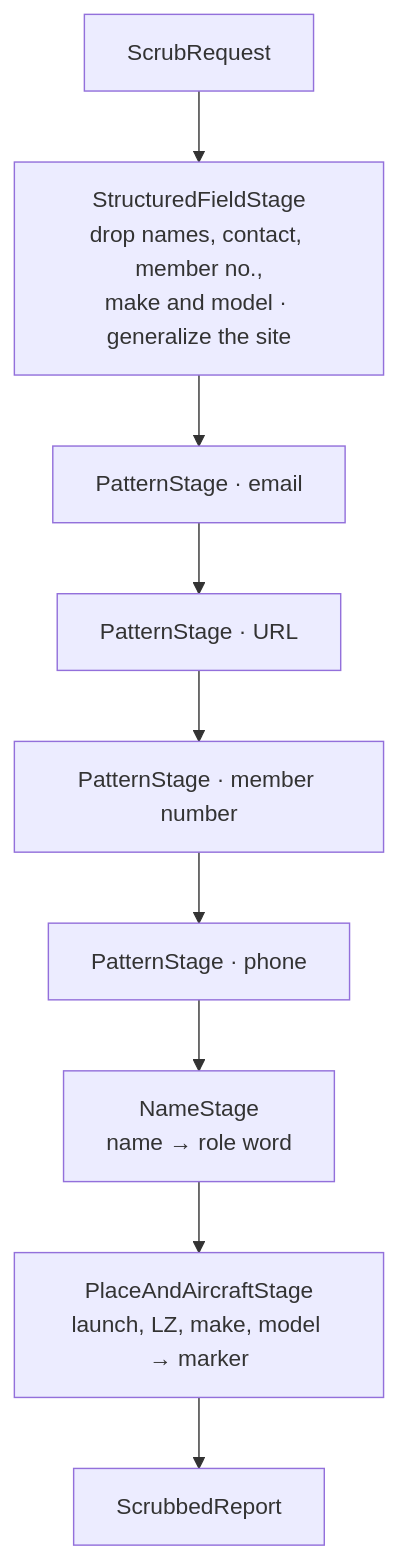
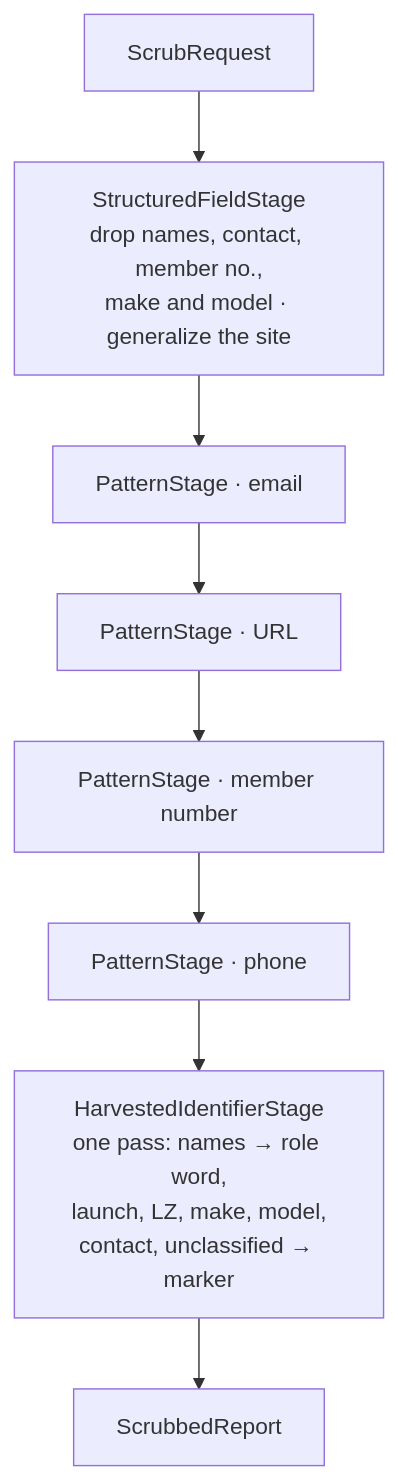
Before and after one commit to HPAC-Safety/safety-report: the diagram in src/HpacSafety.Core/Features/Anonymization/README.md, drawn with Mermaid. The commit also changed other lines of this file and 20 other files, not shown here.

````diff
--- a/src/HpacSafety.Core/Features/Anonymization/README.md
+++ b/src/HpacSafety.Core/Features/Anonymization/README.md
@@ -43,11 +43,10 @@
 ```mermaid
 flowchart TD
     in["ScrubRequest"] --> s1["StructuredFieldStage<br/>drop names, contact, member no.,<br/>make and model · generalize the site"]
     s1 --> s2["PatternStage · email"]
     s2 --> s3["PatternStage · URL"]
     s3 --> s4["PatternStage · member number"]
     s4 --> s5["PatternStage · phone"]
-    s5 --> s6["NameStage<br/>name → role word"]
-    s6 --> s7["PlaceAndAircraftStage<br/>launch, LZ, make, model → marker"]
-    s7 --> out["ScrubbedReport"]
+    s5 --> s6["HarvestedIdentifierStage<br/>one pass: names → role word,<br/>launch, LZ, make, model,<br/>contact, unclassified → marker"]
+    s6 --> out["ScrubbedReport"]
 ```
````
